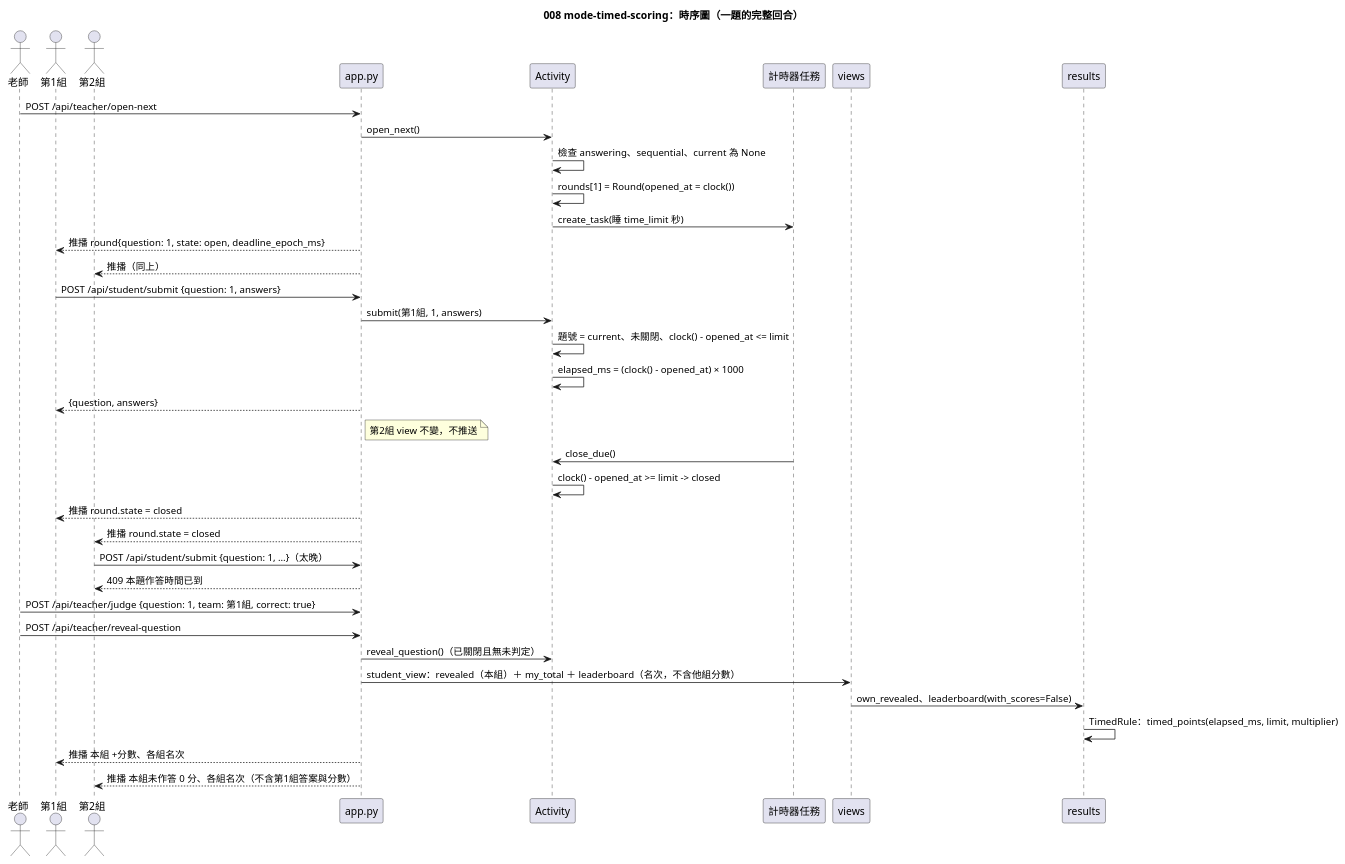
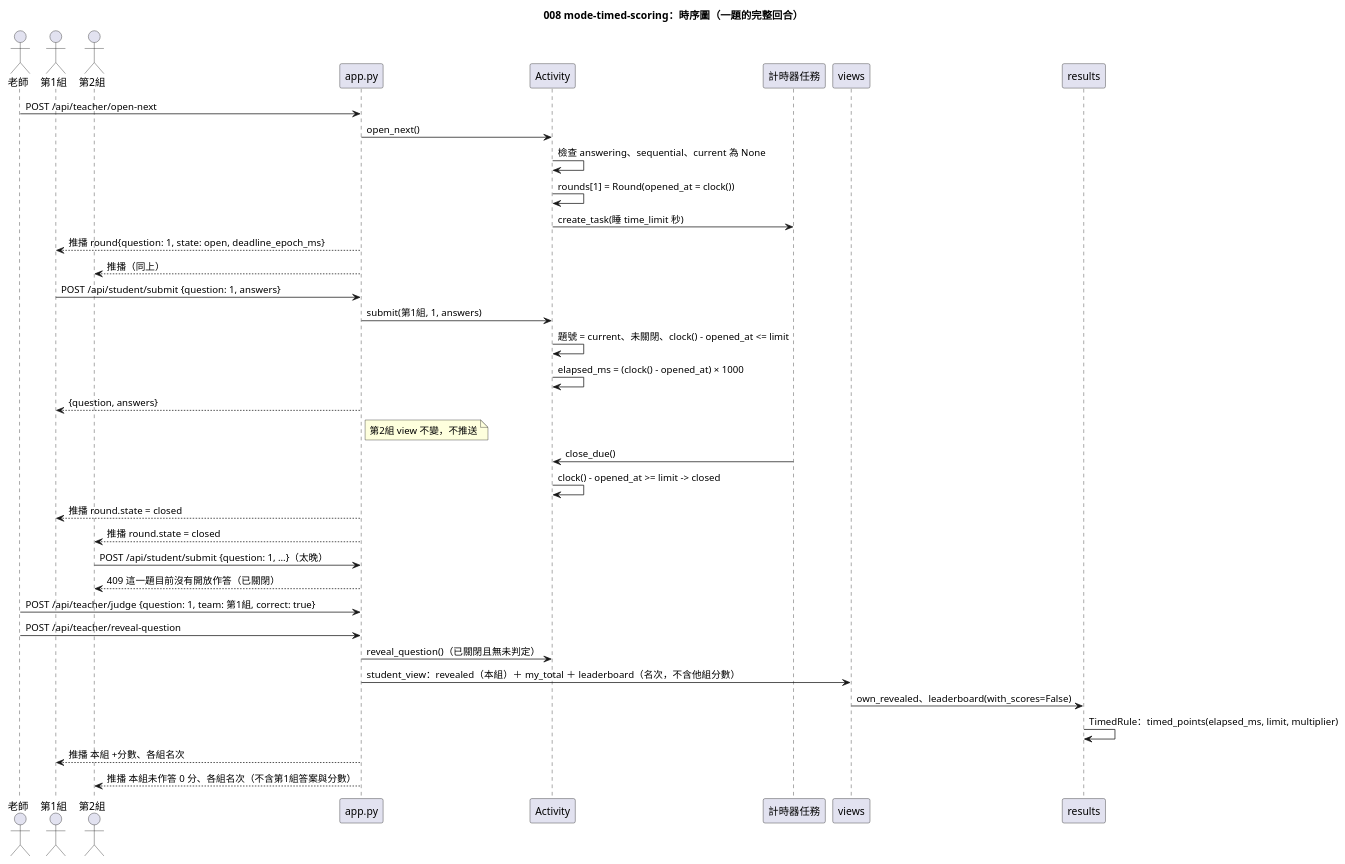
One commit to yue083139/software_fin-speckit changed the diagram in diagrams/008-mode-timed-scoring-sequence.puml. Above: the diagram before and after it, drawn with PlantUML. The commit also changed 7 other files, not shown here.

```diff
--- a/diagrams/008-mode-timed-scoring-sequence.puml
+++ b/diagrams/008-mode-timed-scoring-sequence.puml
@@ -1,44 +1,44 @@
 @startuml 008-mode-timed-scoring-sequence
 title 008 mode-timed-scoring：時序圖（一題的完整回合）
 
 actor "老師" as T
 actor "第1組" as A
 actor "第2組" as B
 participant "app.py" as App
 participant "Activity" as Act
 participant "計時器任務" as Timer
 participant "views" as V
 participant "results" as R
 
 T -> App : POST /api/teacher/open-next
 App -> Act : open_next()
 Act -> Act : 檢查 answering、sequential、current 為 None
 Act -> Act : rounds[1] = Round(opened_at = clock())
 Act -> Timer : create_task(睡 time_limit 秒)
 App --> A : 推播 round{question: 1, state: open, deadline_epoch_ms}
 App --> B : 推播（同上）
 
 A -> App : POST /api/student/submit {question: 1, answers}
 App -> Act : submit(第1組, 1, answers)
 Act -> Act : 題號 = current、未關閉、clock() - opened_at <= limit
 Act -> Act : elapsed_ms = (clock() - opened_at) × 1000
 App --> A : {question, answers}
 note right of App : 第2組 view 不變，不推送
 
 Timer -> Act : close_due()
 Act -> Act : clock() - opened_at >= limit -> closed
 App --> A : 推播 round.state = closed
 App --> B : 推播 round.state = closed
 
 B -> App : POST /api/student/submit {question: 1, …}（太晚）
-App --> B : 409 本題作答時間已到
+App --> B : 409 這一題目前沒有開放作答（已關閉）
 
 T -> App : POST /api/teacher/judge {question: 1, team: 第1組, correct: true}
 T -> App : POST /api/teacher/reveal-question
 App -> Act : reveal_question()（已關閉且無未判定）
 App -> V : student_view：revealed（本組）＋ my_total ＋ leaderboard（名次，不含他組分數）
 V -> R : own_revealed、leaderboard(with_scores=False)
 R -> R : TimedRule：timed_points(elapsed_ms, limit, multiplier)
 App --> A : 推播 本組 +分數、各組名次
 App --> B : 推播 本組未作答 0 分、各組名次（不含第1組答案與分數）
 @enduml
```
